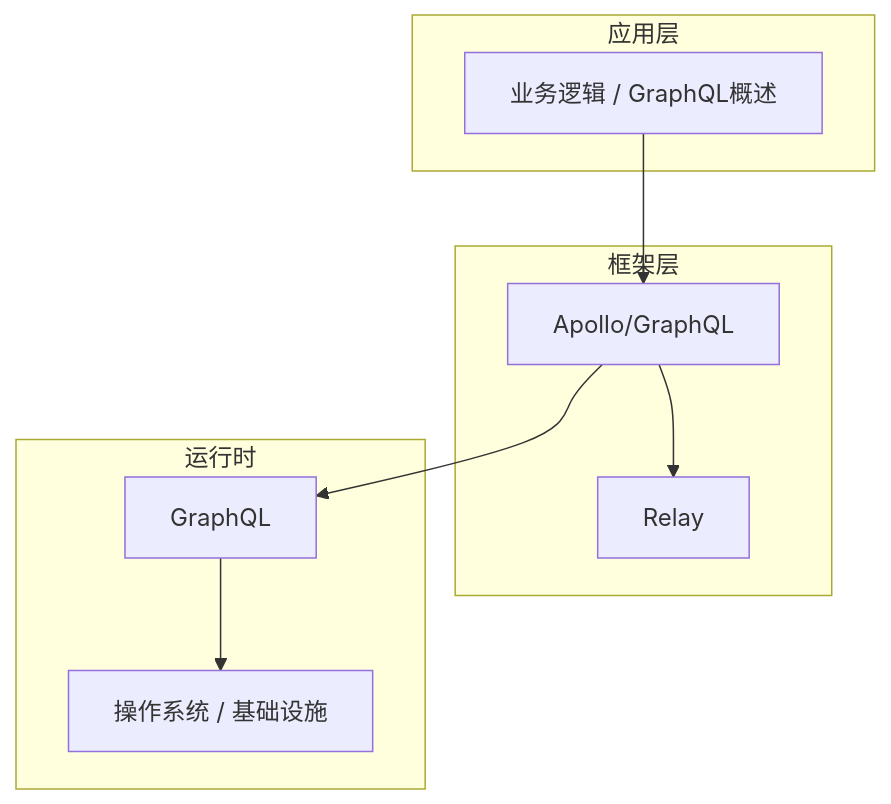
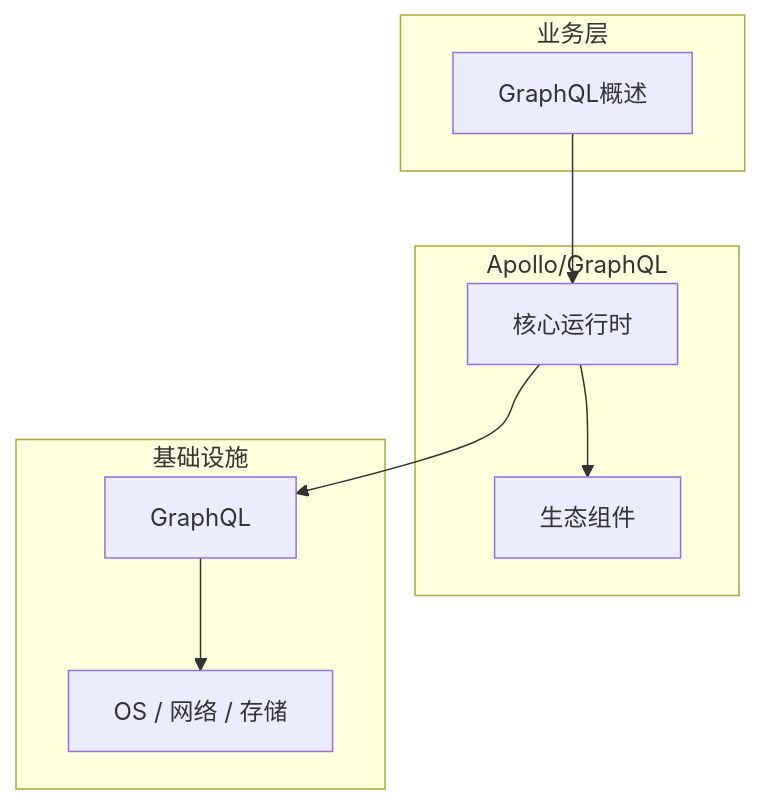
Before and after one commit to yanggan2015/knowledge-json-v2: the diagram in articles/GraphQL/chapters/001-GraphQL概述核心概念与原理.md, drawn with Mermaid. The commit also changed other lines of this file and 10127 other files, not shown here.

````diff
--- a/articles/GraphQL/chapters/001-GraphQL概述核心概念与原理.md
+++ b/articles/GraphQL/chapters/001-GraphQL概述核心概念与原理.md
@@ -45,18 +34,18 @@
 ```mermaid
 graph TB
-    subgraph 应用层
-        A[业务逻辑 / GraphQL概述]
+    subgraph 业务层
+        A[GraphQL概述]
     end
-    subgraph 框架层
-        B[Apollo/GraphQL]
-        C[Relay]
+    subgraph Apollo/GraphQL
+        B[核心运行时]
+        C[生态组件]
     end
-    subgraph 运行时
+    subgraph 基础设施
         D[GraphQL]
-        E[操作系统 / 基础设施]
+        E[OS / 网络 / 存储]
     end
     A --> B
     B --> C
     B --> D
     D --> E
 ```
````
